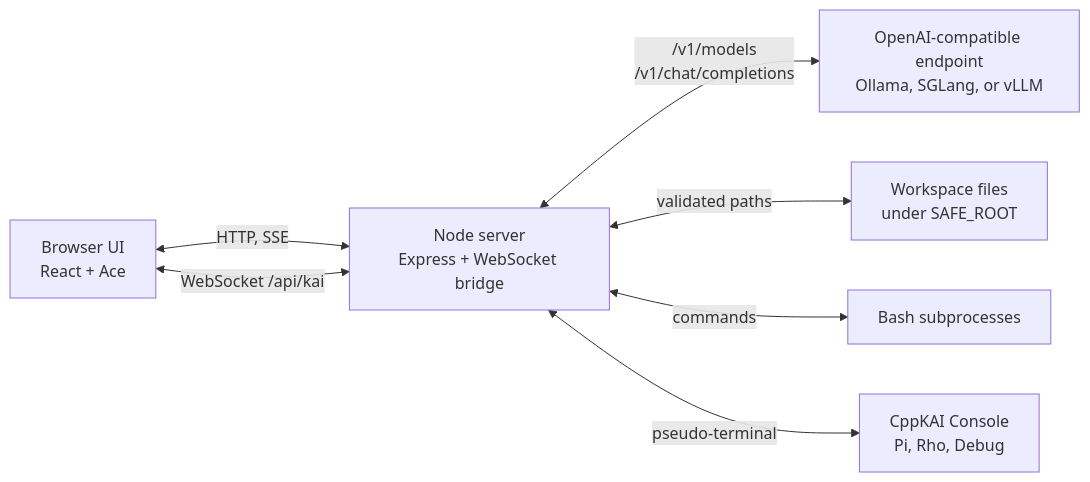
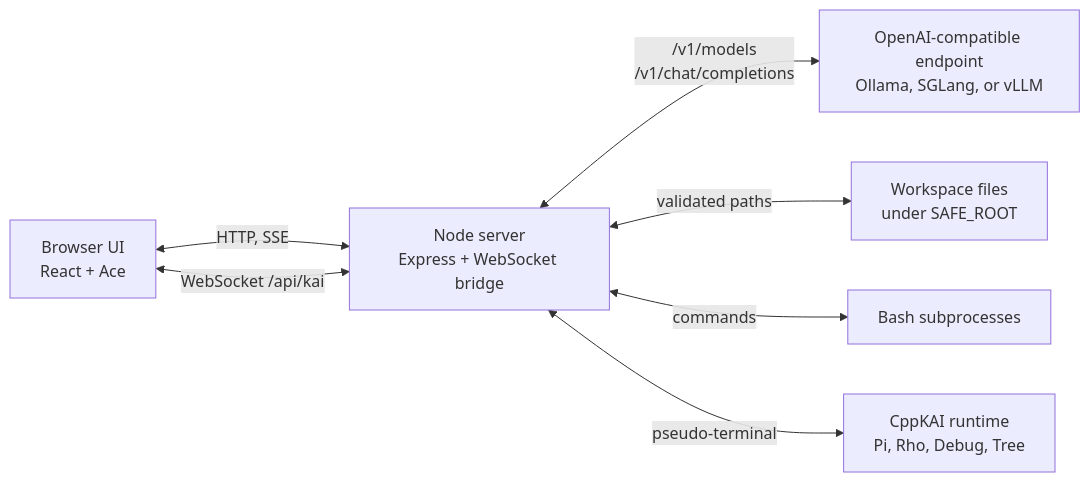
The first of 3 diagrams in Readme.md (cschladetsch/NodeGLM-5), drawn with Mermaid before and after one commit. The commit also changed other lines of this file and 1 other file, not shown here.

Commit message:
Update NodeGLM runtime documentation

````diff
--- a/Readme.md
+++ b/Readme.md
@@ -10,16 +10,16 @@
 ```mermaid
 flowchart LR
     Browser["Browser UI<br/>React + Ace"]
     Server["Node server<br/>Express + WebSocket bridge"]
     Model["OpenAI-compatible endpoint<br/>Ollama, SGLang, or vLLM"]
     Files["Workspace files<br/>under SAFE_ROOT"]
     Shell["Bash subprocesses"]
-    Kai["CppKAI Console<br/>Pi, Rho, Debug"]
+    Kai["CppKAI runtime<br/>Pi, Rho, Debug, Tree"]
 
     Browser <-->|"HTTP, SSE"| Server
     Browser <-->|"WebSocket /api/kai"| Server
     Server <-->|"/v1/models<br/>/v1/chat/completions"| Model
     Server <-->|"validated paths"| Files
     Server <-->|"commands"| Shell
     Server <-->|"pseudo-terminal"| Kai
 ```
````
